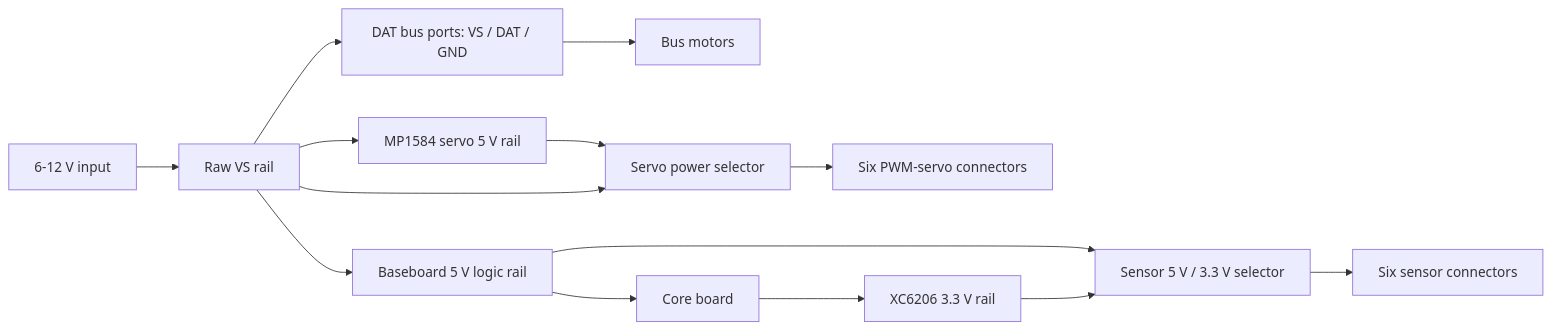
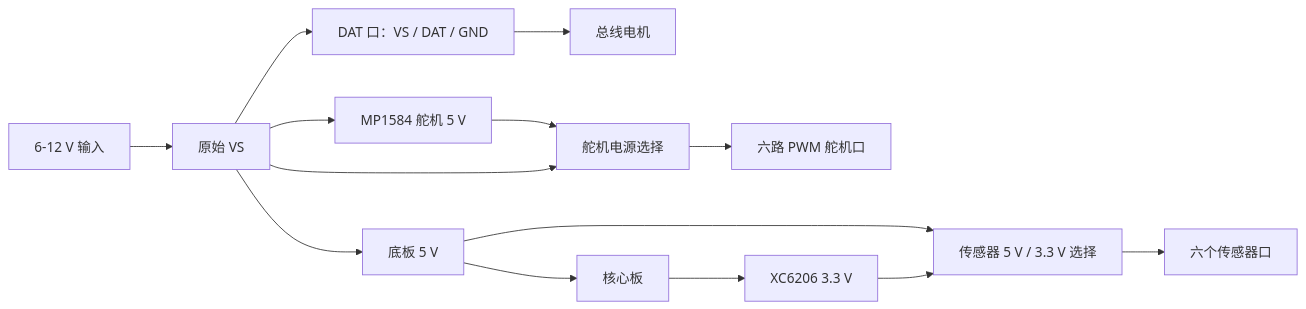
Before and after one commit to chbq/c5-car-playground: the second of 2 diagrams in docs/hardware.md, drawn with Mermaid. The commit also changed other lines of this file and 10 other files, not shown here.

````diff
--- a/docs/hardware.md
+++ b/docs/hardware.md
@@ -48,18 +42,16 @@
 ```mermaid
 flowchart LR
-    VIN["6-12 V input"] --> VS["Raw VS rail"]
-    VS --> BUS["DAT bus ports: VS / DAT / GND"]
-    BUS --> MOTORS["Bus motors"]
-
-    VS --> SERVO5["MP1584 servo 5 V rail"]
-    SERVO5 --> SELS["Servo power selector"]
+    VIN["6-12 V 输入"] --> VS["原始 VS"]
+    VS --> BUS["DAT 口：VS / DAT / GND"]
+    BUS --> MOTORS["总线电机"]
+    VS --> SERVO5["MP1584 舵机 5 V"]
+    SERVO5 --> SELS["舵机电源选择"]
     VS --> SELS
-    SELS --> PWM["Six PWM-servo connectors"]
-
-    VS --> LOGIC5["Baseboard 5 V logic rail"]
-    LOGIC5 --> CORE["Core board"]
-    CORE --> V33["XC6206 3.3 V rail"]
-    LOGIC5 --> SELN["Sensor 5 V / 3.3 V selector"]
+    SELS --> PWM["六路 PWM 舵机口"]
+    VS --> LOGIC5["底板 5 V"]
+    LOGIC5 --> CORE["核心板"]
+    CORE --> V33["XC6206 3.3 V"]
+    LOGIC5 --> SELN["传感器 5 V / 3.3 V 选择"]
     V33 --> SELN
-    SELN --> SENSORS["Six sensor connectors"]
+    SELN --> SENSORS["六个传感器口"]
 ```
````
